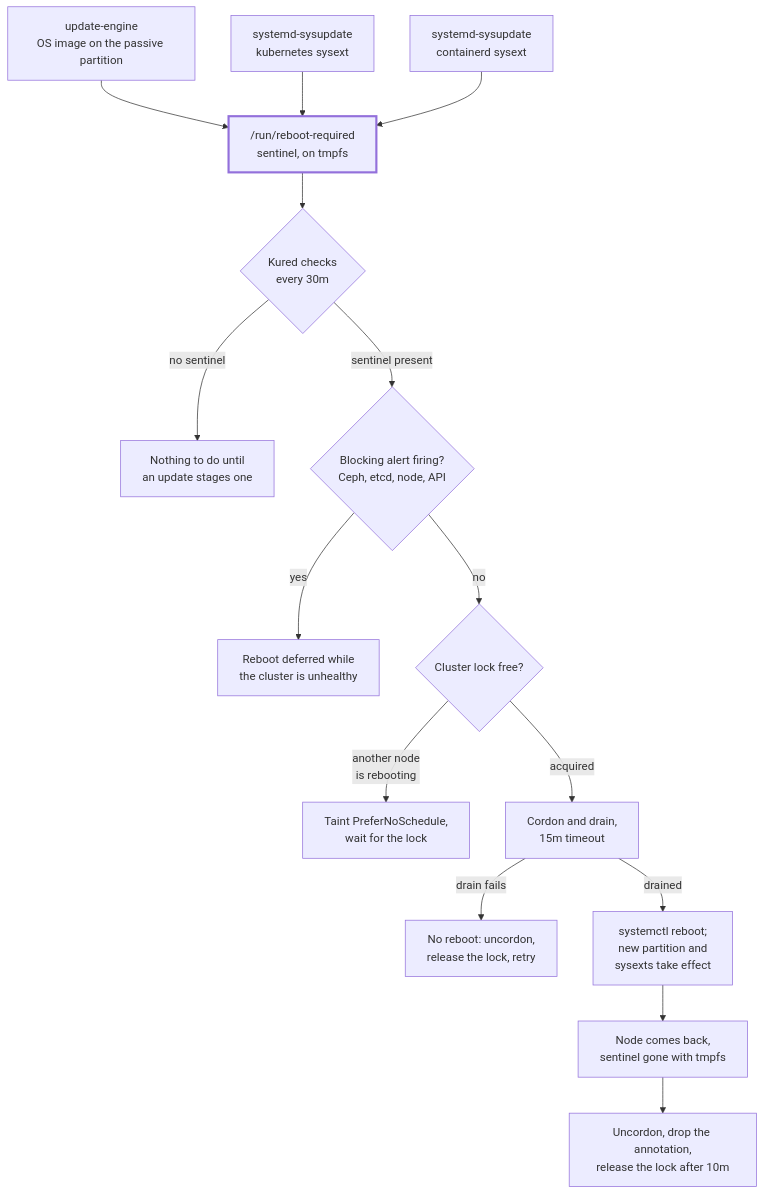
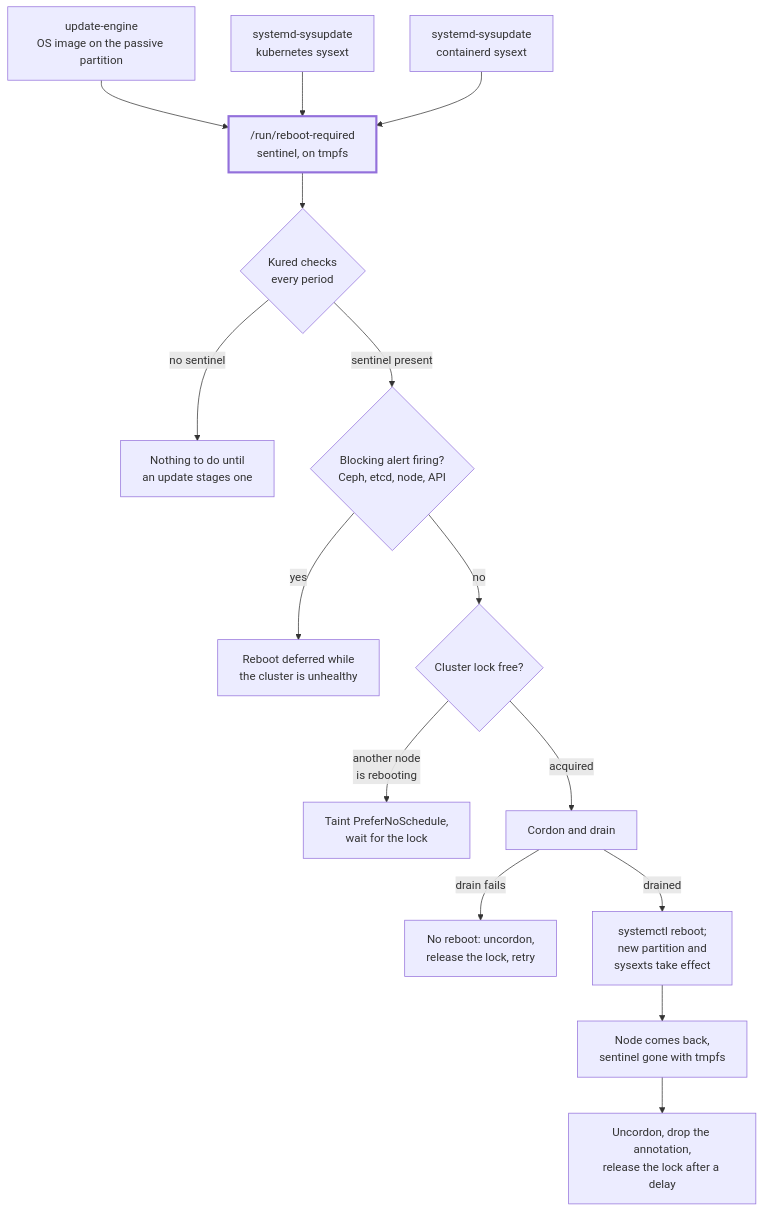
One commit to JanWelker/homelab changed the diagram in docs/platform/kured.md. Above: the diagram before and after it, drawn with Mermaid. The commit also changed other lines of this file and 48 other files, not shown here.

````diff
--- a/docs/platform/kured.md
+++ b/docs/platform/kured.md
@@ -58,21 +36,21 @@
 ```mermaid
 flowchart TD
     OS["update-engine<br/>OS image on the passive partition"] --> SEN
     KUBE["systemd-sysupdate<br/>kubernetes sysext"] --> SEN
     CTR["systemd-sysupdate<br/>containerd sysext"] --> SEN
 
-    SEN["/run/reboot-required<br/>sentinel, on tmpfs"] --> TICK{"Kured checks<br/>every 30m"}
+    SEN["/run/reboot-required<br/>sentinel, on tmpfs"] --> TICK{"Kured checks<br/>every period"}
 
     TICK -->|"no sentinel"| SLEEP["Nothing to do until<br/>an update stages one"]
     TICK -->|"sentinel present"| ALERT{"Blocking alert firing?<br/>Ceph, etcd, node, API"}
     ALERT -->|"yes"| HELD["Reboot deferred while<br/>the cluster is unhealthy"]
     ALERT -->|"no"| LOCK{"Cluster lock free?"}
     LOCK -->|"another node<br/>is rebooting"| TAINT["Taint PreferNoSchedule,<br/>wait for the lock"]
-    LOCK -->|"acquired"| DRAIN["Cordon and drain,<br/>15m timeout"]
+    LOCK -->|"acquired"| DRAIN["Cordon and drain"]
     DRAIN -->|"drain fails"| GIVEUP["No reboot: uncordon,<br/>release the lock, retry"]
     DRAIN -->|"drained"| BOOT["systemctl reboot;<br/>new partition and<br/>sysexts take effect"]
     BOOT --> UP["Node comes back,<br/>sentinel gone with tmpfs"]
-    UP --> DONE["Uncordon, drop the annotation,<br/>release the lock after 10m"]
+    UP --> DONE["Uncordon, drop the annotation,<br/>release the lock after a delay"]
 
     style SEN stroke-width:3px
 ```
````
